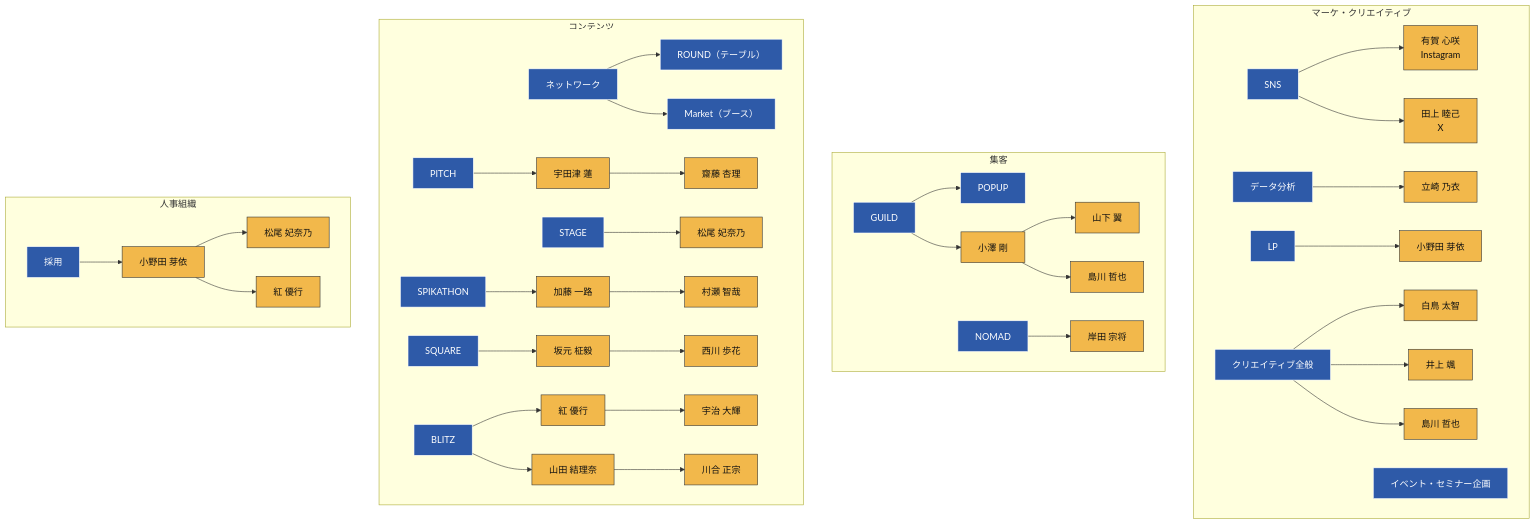
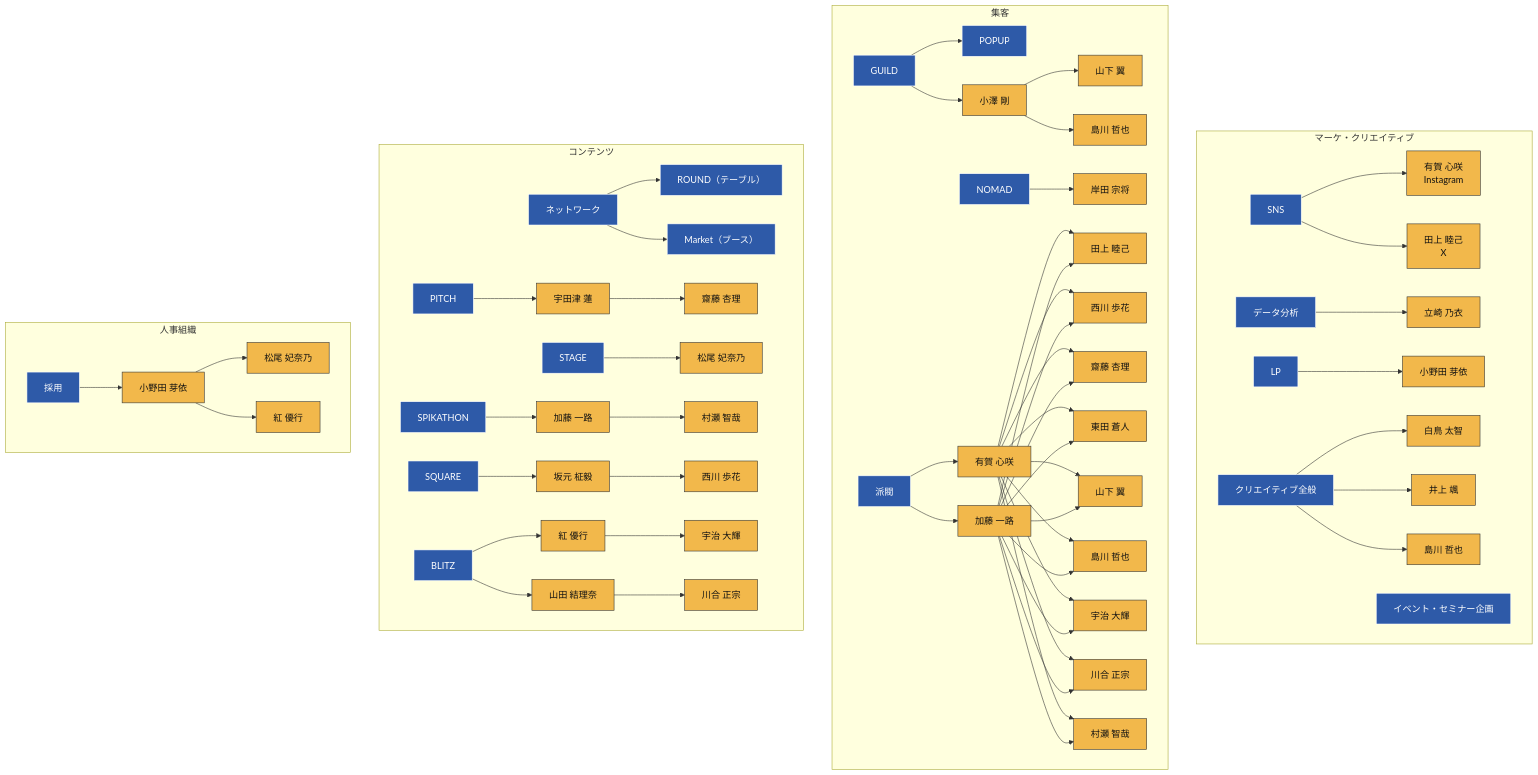
The third of 3 diagrams in spikes-org-chart.md (liofval/spikes_hr), drawn with Mermaid before and after one commit. The commit also changed 1 other file, not shown here.

Commit message:
組織図: 担当者マップの集客に派閥カテゴリを追加（有賀・加藤 → P全員）

````diff
--- a/spikes-org-chart.md
+++ b/spikes-org-chart.md
@@ -109,6 +109,27 @@
       Ozawa2 --> Yamashita2[山下 翼]
       Ozawa2 --> Shimakawa2[島川 哲也]
       NOMAD --> Kishida2[岸田 宗将]
+      HAIBATSU[派閥]
+      HAIBATSU --> ArugaP[有賀 心咲]
+      HAIBATSU --> KatoP[加藤 一路]
+      ArugaP --> TagamiP[田上 睦己]
+      ArugaP --> NishikawaP[西川 歩花]
+      ArugaP --> SaitoP[齋藤 杏理]
+      ArugaP --> AzumadaP[東田 蒼人]
+      ArugaP --> YamashitaP[山下 翼]
+      ArugaP --> ShimakawaP[島川 哲也]
+      ArugaP --> UjiP[宇治 大輝]
+      ArugaP --> KawaiP[川合 正宗]
+      ArugaP --> MuraseP[村瀬 智哉]
+      KatoP --> TagamiP
+      KatoP --> NishikawaP
+      KatoP --> SaitoP
+      KatoP --> AzumadaP
+      KatoP --> YamashitaP
+      KatoP --> ShimakawaP
+      KatoP --> UjiP
+      KatoP --> KawaiP
+      KatoP --> MuraseP
     end
 
     subgraph SG_CONT ["コンテンツ"]
@@ -143,6 +164,6 @@
 
     classDef role fill:#2e5aa8,stroke:#fff,color:#fff;
     classDef person fill:#f2b84b,stroke:#333,color:#111;
-    class SNS,DATA,EV,LP,GUILD,NOMAD,CREATIVE,PITCH,STAGE,SPIKATHON,NW,SQUARE,BLITZ,ROUND,MARKET,POPUP,RECRUIT role;
-    class Aruga2,Tagami2,Tatsuzaki2,Ozawa2,Yamashita2,Shimakawa2,Shimakawa3,Kishida2,Shiratori2,Inoue2,Udatsu2,Saito2,Matsuo2,Matsuo3,Kato2,Sakamoto2,Nishikawa2,Kurenai2,Kurenai3,Yamada2,Onoda2,Onoda3,Uji2,Kawai2,Murase2 person;
+    class SNS,DATA,EV,LP,GUILD,NOMAD,CREATIVE,PITCH,STAGE,SPIKATHON,NW,SQUARE,BLITZ,ROUND,MARKET,POPUP,RECRUIT,HAIBATSU role;
+    class Aruga2,Tagami2,Tatsuzaki2,Ozawa2,Yamashita2,Shimakawa2,Shimakawa3,Kishida2,Shiratori2,Inoue2,Udatsu2,Saito2,Matsuo2,Matsuo3,Kato2,Sakamoto2,Nishikawa2,Kurenai2,Kurenai3,Yamada2,Onoda2,Onoda3,Uji2,Kawai2,Murase2,ArugaP,KatoP,TagamiP,NishikawaP,SaitoP,AzumadaP,YamashitaP,ShimakawaP,UjiP,KawaiP,MuraseP person;
 ```
````
